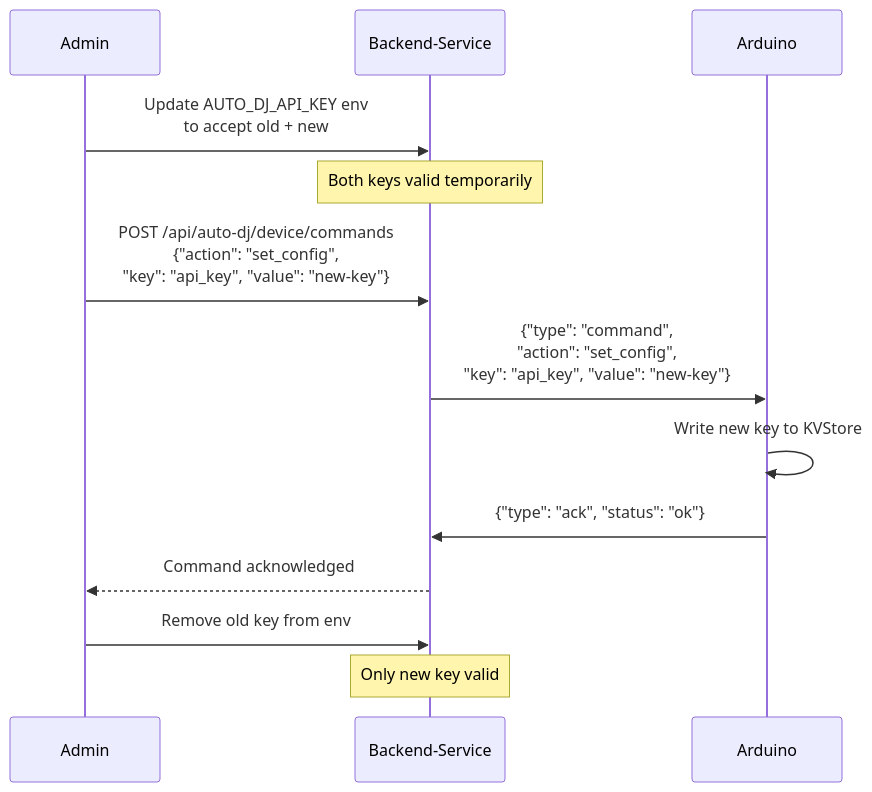
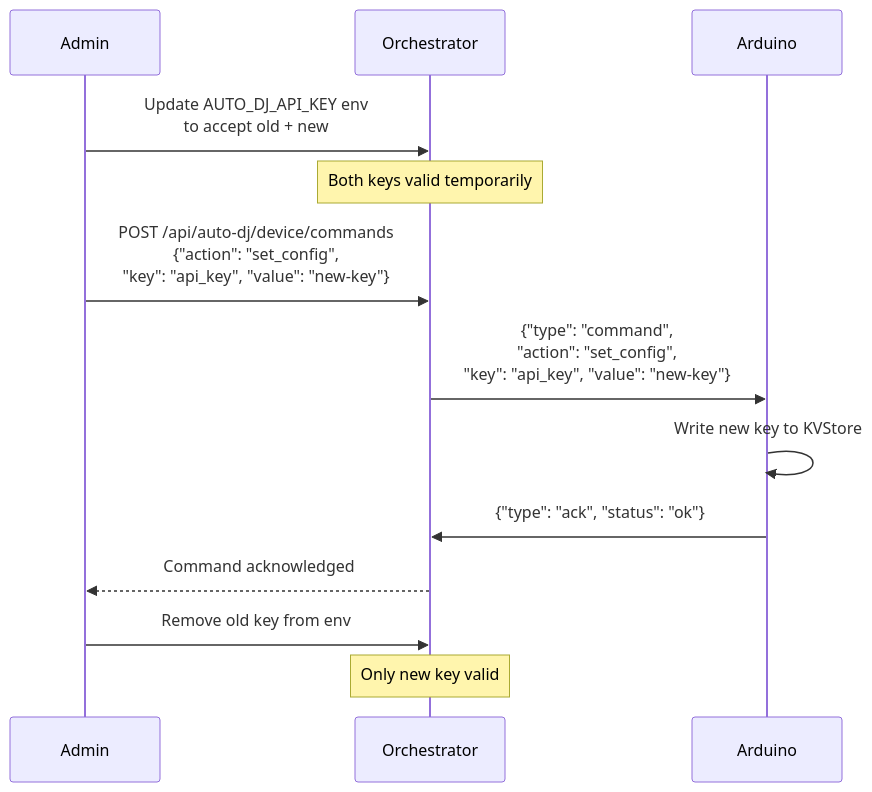
Before and after one commit to WXYC/auto-dj-arduino-switch: the tenth of 15 diagrams in docs/networking-spec.md, drawn with Mermaid. The commit also changed other lines of this file, not shown here.

First line of the commit message:
Replace Backend-Service with orchestrator where duties apply

````diff
--- a/docs/networking-spec.md
+++ b/docs/networking-spec.md
@@ -1202,18 +1203,18 @@
 ```mermaid
 sequenceDiagram
     participant Admin
-    participant Server as Backend-Service
+    participant Server as Orchestrator
     participant Arduino
 
     Admin->>Server: Update AUTO_DJ_API_KEY env<br/>to accept old + new
     Note over Server: Both keys valid temporarily
 
     Admin->>Server: POST /api/auto-dj/device/commands<br/>{"action": "set_config",<br/>"key": "api_key", "value": "new-key"}
     Server->>Arduino: {"type": "command",<br/>"action": "set_config",<br/>"key": "api_key", "value": "new-key"}
     Arduino->>Arduino: Write new key to KVStore
     Arduino->>Server: {"type": "ack", "status": "ok"}
     Server-->>Admin: Command acknowledged
 
     Admin->>Server: Remove old key from env
     Note over Server: Only new key valid
 ```
````
